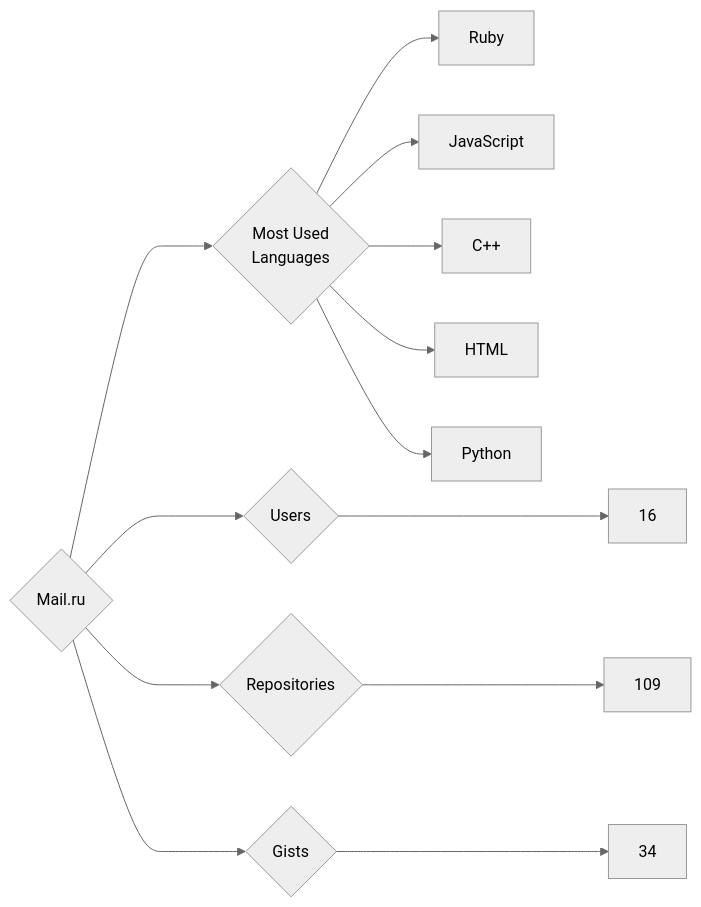
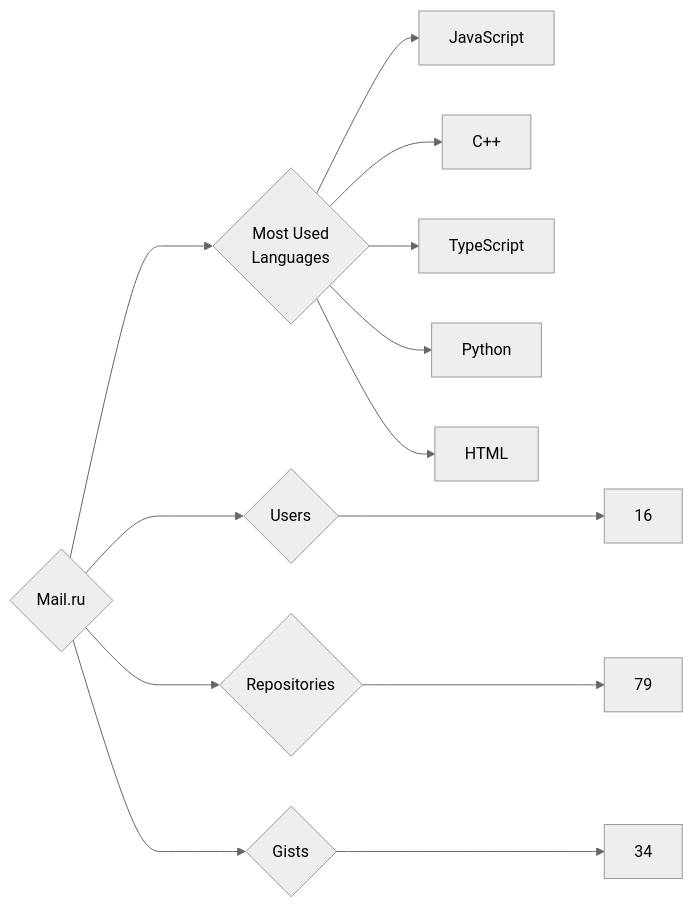
One commit to trickest/insiders changed the diagram in targets/Mail.ru/README.md. Above: the diagram before and after it, drawn with Mermaid (neutral theme). The commit also changed 757 other files, not shown here.

````diff
--- a/targets/Mail.ru/README.md
+++ b/targets/Mail.ru/README.md
@@ -3,13 +3,13 @@
 ```mermaid
 graph LR
 COMPANY_NAME{Mail.ru}
 COMPANY_NAME ---> U{Users} ---> UN[16]
-COMPANY_NAME ---> R{Repositories} ---> RN[109]
+COMPANY_NAME ---> R{Repositories} ---> RN[79]
 COMPANY_NAME ---> G{Gists} ---> GN[34]
 COMPANY_NAME ---> ML{Most Used<br>Languages}
-ML --> Ruby[Ruby]
 ML --> JavaScript[JavaScript]
 ML --> C++[C++]
+ML --> TypeScript[TypeScript]
+ML --> Python[Python]
 ML --> HTML[HTML]
-ML --> Python[Python]
 ```
````
